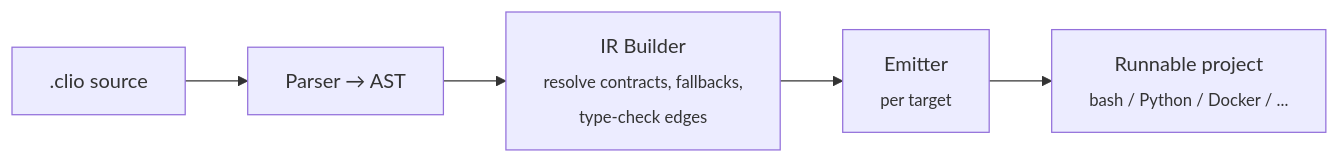
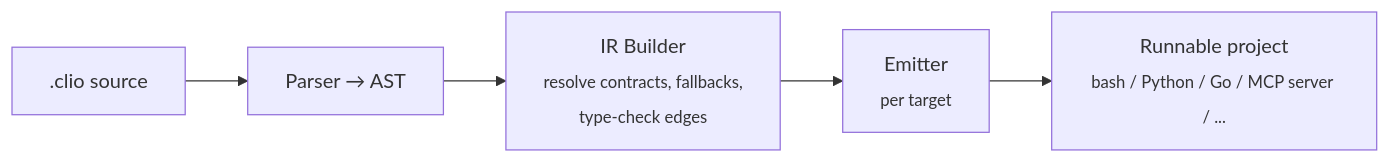
Before and after one commit to Sandjab/clio: the diagram in README.md, drawn with Mermaid. The commit also changed other lines of this file and 3 other files, not shown here.

````diff
--- a/README.md
+++ b/README.md
@@ -48,7 +47,7 @@
 ```mermaid
 flowchart LR
     src[".clio source"] --> parse["Parser → AST"]
     parse --> ir["IR Builder<br/><sub>resolve contracts, fallbacks,<br/>type-check edges</sub>"]
     ir --> emit["Emitter<br/><sub>per target</sub>"]
-    emit --> proj["Runnable project<br/><sub>bash / Python / Docker / ...</sub>"]
+    emit --> proj["Runnable project<br/><sub>bash / Python / Go / MCP server / ...</sub>"]
 ```
````
